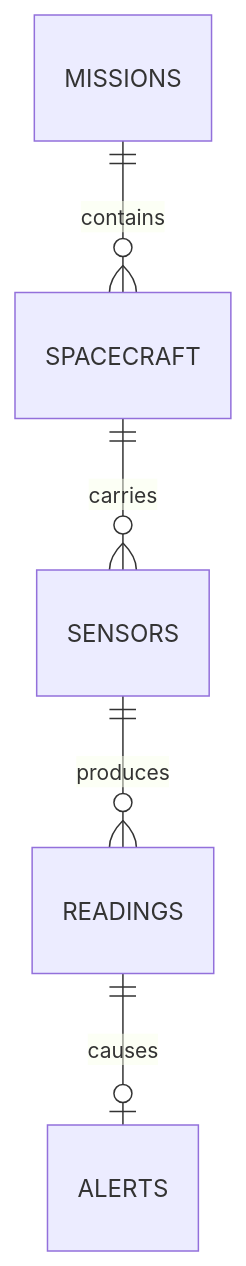
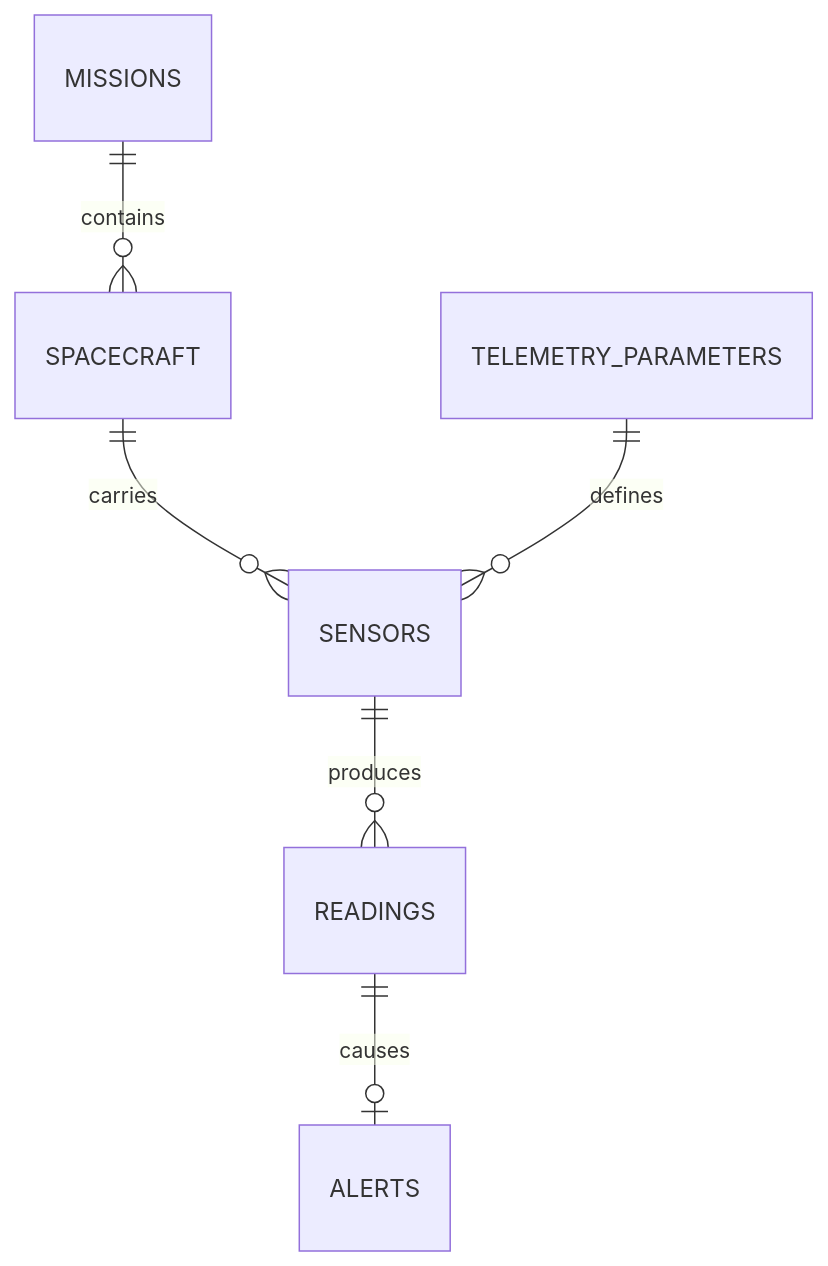
One commit to ArjunMirje/DBMS changed the diagram in space-telemetry/docs/DATABASE_DESIGN.md. Above: the diagram before and after it, drawn with Mermaid. The commit also changed other lines of this file and 21 other files, not shown here.

````diff
--- a/space-telemetry/docs/DATABASE_DESIGN.md
+++ b/space-telemetry/docs/DATABASE_DESIGN.md
@@ -11,7 +9,8 @@
 ```mermaid
 erDiagram
     MISSIONS ||--o{ SPACECRAFT : contains
     SPACECRAFT ||--o{ SENSORS : carries
+    TELEMETRY_PARAMETERS ||--o{ SENSORS : defines
     SENSORS ||--o{ READINGS : produces
     READINGS ||--o| ALERTS : causes
 ```
````
